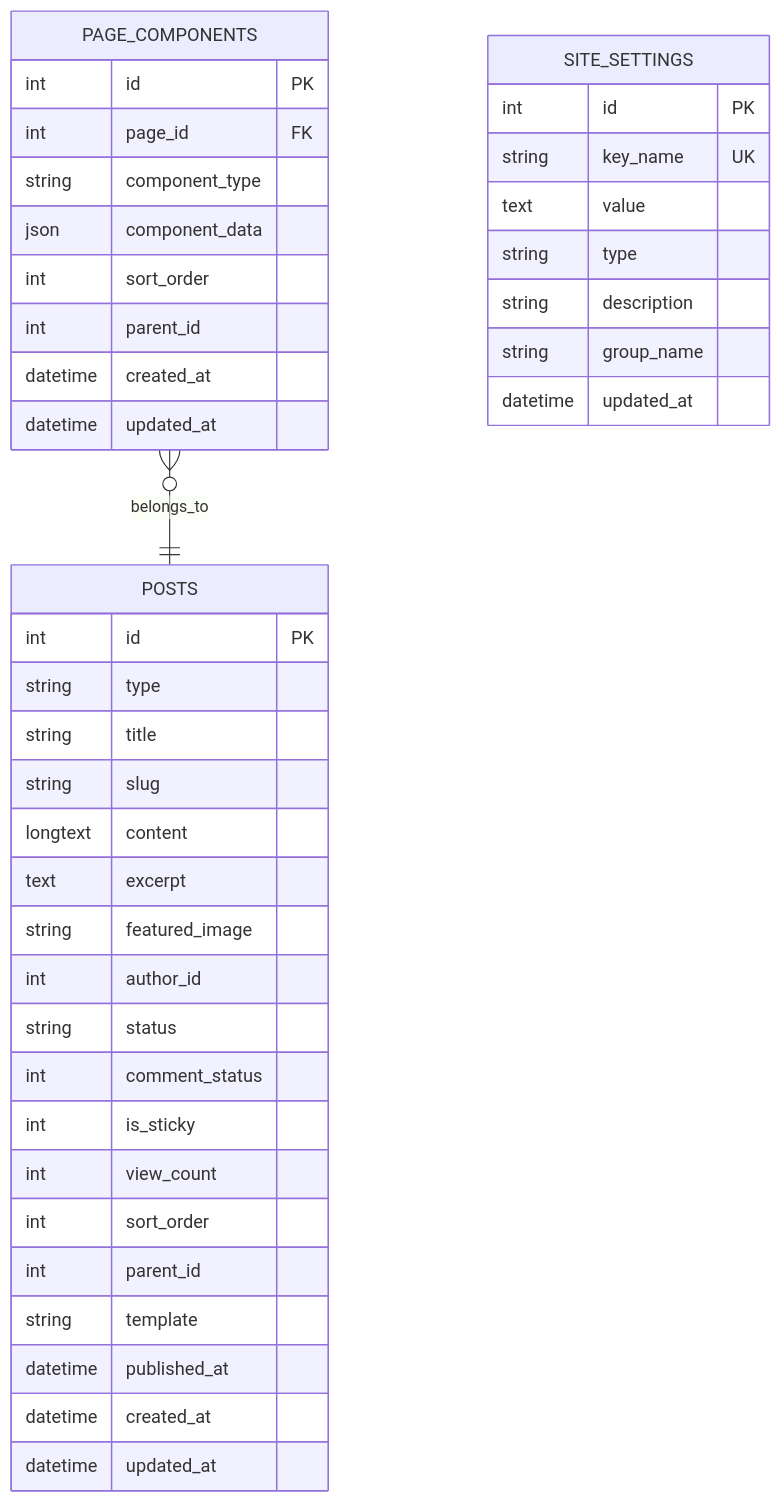
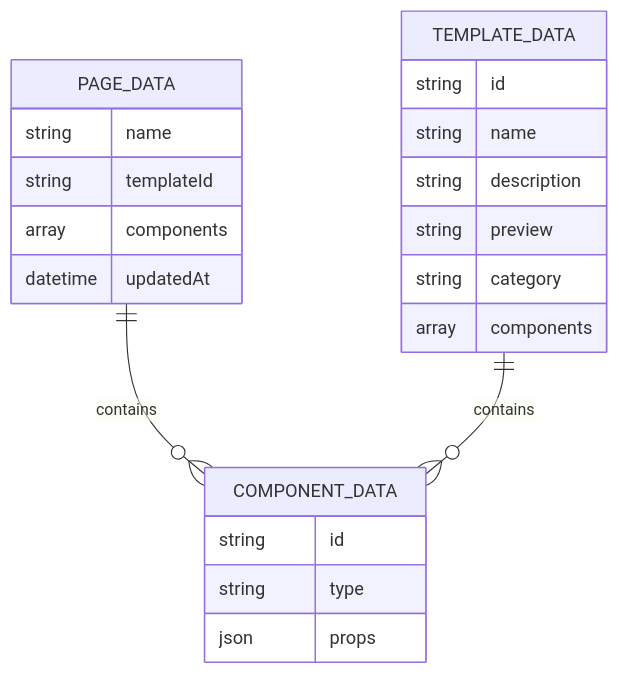
The seventh of 7 diagrams in .qoder/repowiki/zh/content/前端组件系统/拖拽编辑器.md (wyg5208/website_diy), drawn with Mermaid before and after one commit. The commit also changed other lines of this file and 43 other files, not shown here.

````diff
--- a/.qoder/repowiki/zh/content/前端组件系统/拖拽编辑器.md
+++ b/.qoder/repowiki/zh/content/前端组件系统/拖拽编辑器.md
@@ -284,43 +386,24 @@
 ```mermaid
 erDiagram
-PAGE_COMPONENTS {
-int id PK
-int page_id FK
-string component_type
-json component_data
-int sort_order
-int parent_id
-datetime created_at
-datetime updated_at
+PAGE_DATA {
+string name
+string templateId
+array components
+datetime updatedAt
 }
-POSTS {
-int id PK
+COMPONENT_DATA {
+string id
 string type
-string title
-string slug
-longtext content
-text excerpt
-string featured_image
-int author_id
-string status
-int comment_status
-int is_sticky
-int view_count
-int sort_order
-int parent_id
-string template
-datetime published_at
-datetime created_at
-datetime updated_at
+json props
 }
-SITE_SETTINGS {
-int id PK
-string key_name UK
-text value
-string type
+TEMPLATE_DATA {
+string id
+string name
 string description
-string group_name
-datetime updated_at
+string preview
+string category
+array components
 }
-PAGE_COMPONENTS }o--|| POSTS : belongs_to
+PAGE_DATA ||--o{ COMPONENT_DATA : contains
+TEMPLATE_DATA ||--o{ COMPONENT_DATA : contains
 ```
````
